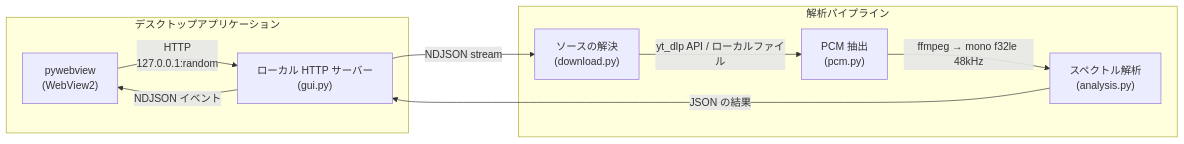
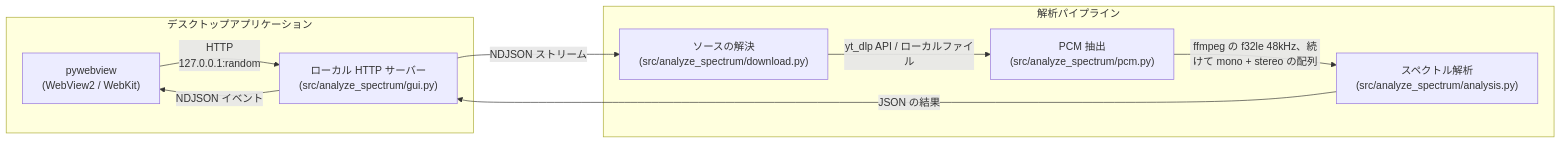
The first of 18 diagrams in docs/architecture.ja.md (semnil/analyze-spectrum), drawn with Mermaid before and after one commit. The commit also changed other lines of this file and 7 other files, not shown here.

````diff
--- a/docs/architecture.ja.md
+++ b/docs/architecture.ja.md
@@ -13,20 +15,20 @@
 ```mermaid
 graph LR
     subgraph デスクトップアプリケーション
-        A["pywebview<br>(WebView2)"]
-        B["ローカル HTTP サーバー<br>(gui.py)"]
+        A["pywebview<br>(WebView2 / WebKit)"]
+        B["ローカル HTTP サーバー<br>(src/analyze_spectrum/gui.py)"]
     end
 
     subgraph 解析パイプライン
-        C["ソースの解決<br>(download.py)"]
-        D["PCM 抽出<br>(pcm.py)"]
-        E["スペクトル解析<br>(analysis.py)"]
+        C["ソースの解決<br>(src/analyze_spectrum/download.py)"]
+        D["PCM 抽出<br>(src/analyze_spectrum/pcm.py)"]
+        E["スペクトル解析<br>(src/analyze_spectrum/analysis.py)"]
     end
 
     A -->|"HTTP<br>127.0.0.1:random"| B
-    B -->|"NDJSON stream"| C
+    B -->|"NDJSON ストリーム"| C
     C -->|"yt_dlp API / ローカルファイル"| D
-    D -->|"ffmpeg → mono f32le 48kHz"| E
+    D -->|"ffmpeg の f32le 48kHz、続けて mono + stereo の配列"| E
     E -->|"JSON の結果"| B
     B -->|"NDJSON イベント"| A
 ```
````
